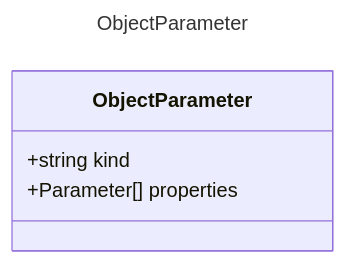
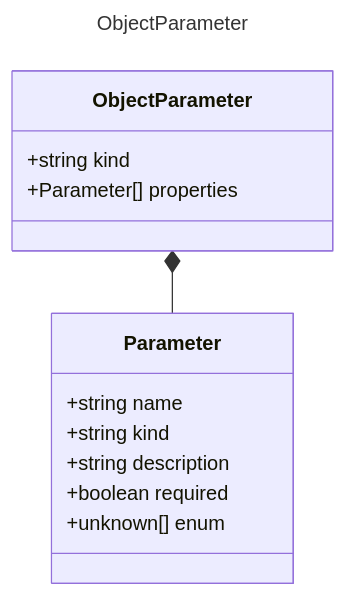
Before and after one commit to microsoft/prompty: the diagram in specification/prompty/docs/ObjectParameter.md, drawn with Mermaid. The commit also changed 12 other files, not shown here.

Commit message:
renforced compositional types into diagrams

````diff
--- a/specification/prompty/docs/ObjectParameter.md
+++ b/specification/prompty/docs/ObjectParameter.md
@@ -7,10 +7,18 @@
 ```mermaid
 ---
 title: ObjectParameter
 ---
 classDiagram
     class ObjectParameter {
         +string kind
         +Parameter[] properties
     }
+    class Parameter {
+        +string name
+        +string kind
+        +string description
+        +boolean required
+        +unknown[] enum
+    }
+    ObjectParameter *-- Parameter
 ```
````
